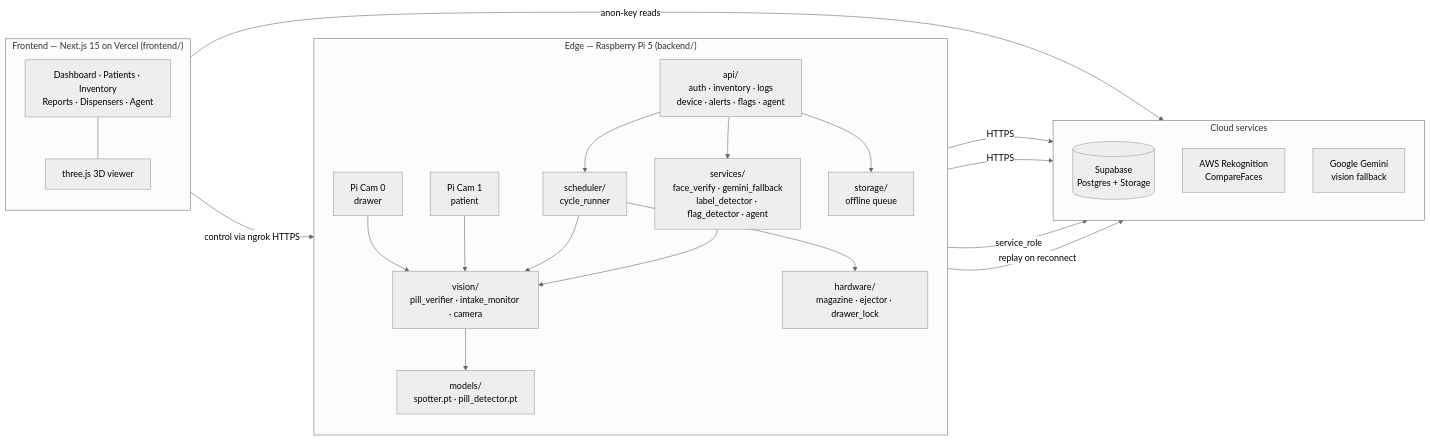
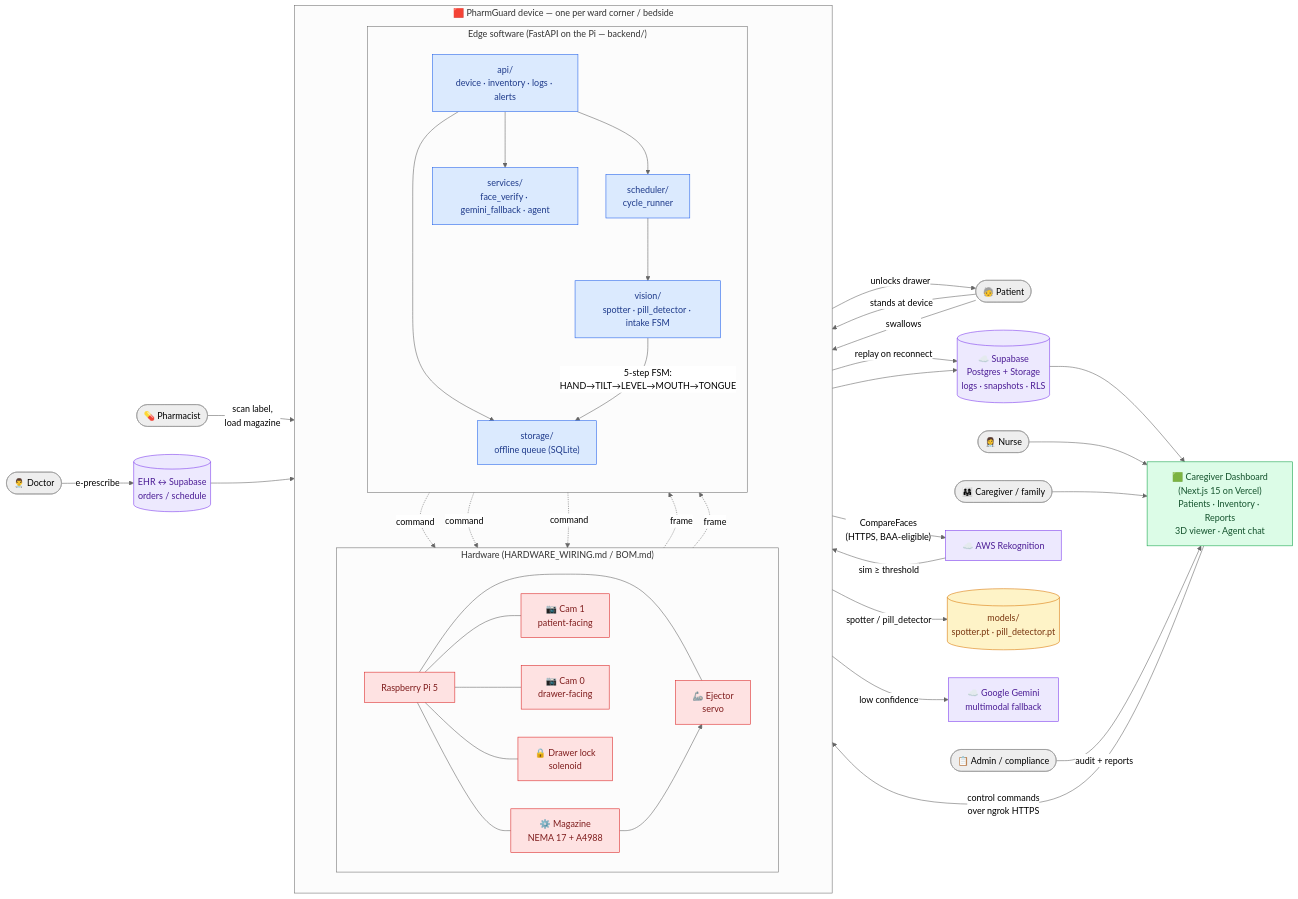
The diagram in README.md (Bonk1211/IDP_PharmGuard), drawn with Mermaid (neutral theme) before and after one commit. The commit also changed other lines of this file, not shown here.

Commit message:
refactor: replace architecture diagrams with a comprehensive user-journey flow and detailed operational documentation in README.md

````diff
--- a/README.md
+++ b/README.md
@@ -53,46 +53,87 @@
 ```mermaid
 flowchart LR
-  subgraph Edge["Edge — Raspberry Pi 5 (backend/)"]
+  %% --- Actors ---
+  Dr(["👨‍⚕️ Doctor"])
+  Ph(["💊 Pharmacist"])
+  Pt(["🧓 Patient"])
+  Nu(["👩‍⚕️ Nurse"])
+  Cg(["👨‍👩‍👧 Caregiver / family"])
+  Ad(["📋 Admin / compliance"])
+
+  %% --- 1. Order ---
+  Dr -- "e-prescribe" --> EHR[("EHR ↔ Supabase<br/>orders / schedule")]
+
+  %% --- 2. Refill ---
+  Ph -- "scan label,<br/>load magazine" --> Mag
+
+  %% --- PharmGuard device (HW + edge SW together) ---
+  subgraph Device["🟥 PharmGuard device — one per ward corner / bedside"]
     direction TB
-    Cam0["Pi Cam 0<br/>drawer"]
-    Cam1["Pi Cam 1<br/>patient"]
-    Vis["vision/<br/>pill_verifier · intake_monitor · camera"]
-    Mdl["models/<br/>spotter.pt · pill_detector.pt"]
-    HW["hardware/<br/>magazine · ejector · drawer_lock"]
-    Sched["scheduler/<br/>cycle_runner"]
-    Svc["services/<br/>face_verify · gemini_fallback<br/>label_detector · flag_detector · agent"]
-    API["api/<br/>auth · inventory · logs<br/>device · alerts · flags · agent"]
-    Store["storage/<br/>offline queue"]
 
-    Cam0 --> Vis
-    Cam1 --> Vis
-    Vis --> Mdl
-    Sched --> Vis
-    Sched --> HW
-    API --> Sched
-    API --> Svc
-    API --> Store
-    Svc --> Vis
+    subgraph DevHW["Hardware (HARDWARE_WIRING.md / BOM.md)"]
+      direction LR
+      Pi["Raspberry Pi 5"]
+      Cam1["📷 Cam 1<br/>patient-facing"]
+      Cam0["📷 Cam 0<br/>drawer-facing"]
+      Mag["⚙️ Magazine<br/>NEMA 17 + A4988"]
+      Ej["🦾 Ejector<br/>servo"]
+      Lk["🔒 Drawer lock<br/>solenoid"]
+      Pi --- Cam1 & Cam0 & Mag & Ej & Lk
+    end
+
+    subgraph DevSW["Edge software (FastAPI on the Pi — backend/)"]
+      direction TB
+      Sched["scheduler/<br/>cycle_runner"]
+      Vis["vision/<br/>spotter · pill_detector · intake FSM"]
+      Svc["services/<br/>face_verify · gemini_fallback · agent"]
+      API["api/<br/>device · inventory · logs · alerts"]
+      Store["storage/<br/>offline queue (SQLite)"]
+      Sched --> Vis
+      API --> Sched & Svc & Store
+    end
+
+    Cam1 -.frame.-> Vis
+    Cam0 -.frame.-> Vis
+    Sched -.command.-> Mag & Ej & Lk
   end
 
-  subgraph Cloud["Cloud services"]
-    direction TB
-    SB[("Supabase<br/>Postgres + Storage")]
-    Rek["AWS Rekognition<br/>CompareFaces"]
-    Gem["Google Gemini<br/>vision fallback"]
-  end
+  EHR --> Sched
 
-  subgraph Web["Frontend — Next.js 15 on Vercel (frontend/)"]
-    direction TB
-    Dash["Dashboard · Patients · Inventory<br/>Reports · Dispensers · Agent"]
-    Three["three.js 3D viewer"]
-    Dash --- Three
-  end
+  %% --- 3. Identify ---
+  Pt -- "stands at device" --> Cam1
+  Svc -- "CompareFaces<br/>(HTTPS, BAA-eligible)" --> Rek["☁️ AWS Rekognition"]
+  Rek -- "sim ≥ threshold" --> Lk
 
-  Svc -- HTTPS --> Rek
-  Svc -- HTTPS --> Gem
-  API -- service_role --> SB
-  Store -- replay on reconnect --> SB
-  Dash -- anon-key reads --> SB
-  Dash -- control via ngrok HTTPS --> API
+  %% --- 4. Dispense + pill verify ---
+  Lk -- "unlocks drawer" --> Pt
+  Mag --> Ej
+  Vis -- "spotter / pill_detector" --> Mdl[("models/<br/>spotter.pt · pill_detector.pt")]
+  Vis -- "low confidence" --> Gem["☁️ Google Gemini<br/>multimodal fallback"]
+
+  %% --- 5. Intake confirm ---
+  Pt -- "swallows" --> Cam1
+  Vis -- "5-step FSM:<br/>HAND→TILT→LEVEL→MOUTH→TONGUE" --> Store
+
+  %% --- 6. Audit / cloud ---
+  Store -- "replay on reconnect" --> SB[("☁️ Supabase<br/>Postgres + Storage<br/>logs · snapshots · RLS")]
+  Svc --> SB
+
+  %% --- 7. Caregiver review + control ---
+  SB --> Dash["🟩 Caregiver Dashboard<br/>(Next.js 15 on Vercel)<br/>Patients · Inventory · Reports<br/>3D viewer · Agent chat"]
+  Nu --> Dash
+  Cg --> Dash
+  Ad -- "audit + reports" --> Dash
+  Dash -- "control commands<br/>over ngrok HTTPS" --> API
+
+  %% --- Styling ---
+  classDef hw fill:#fee2e2,stroke:#dc2626,color:#7f1d1d;
+  classDef sw fill:#dbeafe,stroke:#2563eb,color:#1e3a8a;
+  classDef cloud fill:#ede9fe,stroke:#7c3aed,color:#4c1d95;
+  classDef web fill:#dcfce7,stroke:#16a34a,color:#14532d;
+  classDef store fill:#fef3c7,stroke:#d97706,color:#78350f;
+  class Pi,Cam0,Cam1,Mag,Ej,Lk hw
+  class Sched,Vis,Svc,API,Store sw
+  class Rek,Gem,SB,EHR cloud
+  class Dash web
+  class Mdl store
 ```
````
